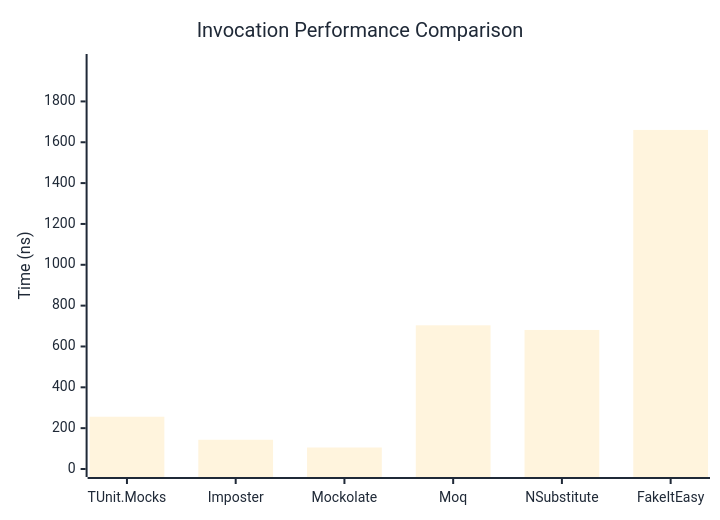
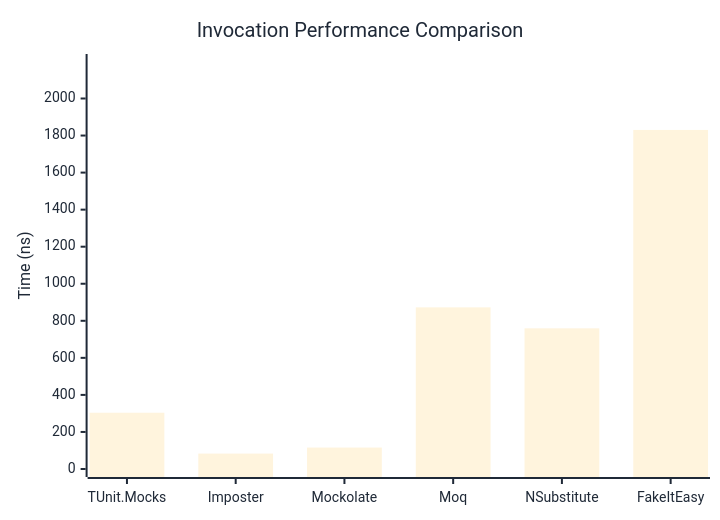
The first of 3 diagrams in docs/docs/benchmarks/mocks/Invocation.md (thomhurst/TUnit), drawn with Mermaid before and after one commit. The commit also changed other lines of this file and 14 other files, not shown here.

````diff
--- a/docs/docs/benchmarks/mocks/Invocation.md
+++ b/docs/docs/benchmarks/mocks/Invocation.md
@@ -30,27 +30,27 @@
 ```mermaid
 %%{init: {
   'theme':'base',
   'themeVariables': {
     'primaryColor': '#2563eb',
     'primaryTextColor': '#1f2937',
     'primaryBorderColor': '#1e40af',
     'lineColor': '#6b7280',
     'secondaryColor': '#7c3aed',
     'tertiaryColor': '#dc2626',
     'background': '#ffffff',
     'pie1': '#2563eb',
     'pie2': '#7c3aed',
     'pie3': '#dc2626',
     'pie4': '#f59e0b',
     'pie5': '#10b981',
     'pie6': '#06b6d4',
     'pie7': '#ec4899',
     'pie8': '#6366f1'
   }
 }}%%
 xychart-beta
   title "Invocation Performance Comparison"
   x-axis ["TUnit.Mocks", "Imposter", "Mockolate", "Moq", "NSubstitute", "FakeItEasy"]
-  y-axis "Time (ns)" 0 --> 1993
-  bar [255.93, 143.12, 105.31, 703.7, 680.81, 1660.31]
+  y-axis "Time (ns)" 0 --> 2197
+  bar [303.8, 83.24, 115.71, 872.52, 759.33, 1830.36]
 ```
````
